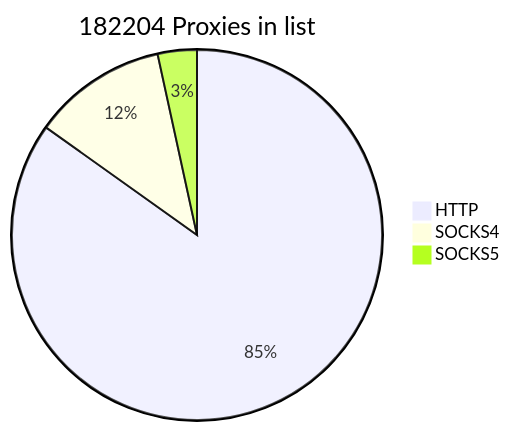
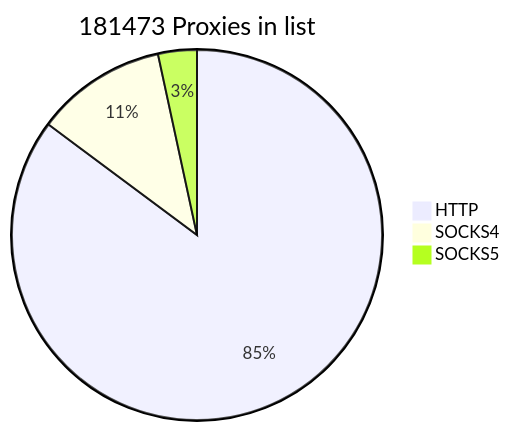
One commit to cutipu/proxylist changed the first of 2 diagrams in README.md. Above: the diagram before and after it, drawn with Mermaid. The commit also changed other lines of this file, not shown here.

````diff
--- a/README.md
+++ b/README.md
@@ -2,7 +2,7 @@
 ```mermaid
-pie title 182204 Proxies in list
-    "HTTP" : 154606
-    "SOCKS4" : 21375
-    "SOCKS5" : 6223
+pie title 181473 Proxies in list
+    "HTTP" : 154586
+    "SOCKS4" : 20746
+    "SOCKS5" : 6141
             
 ```
````
